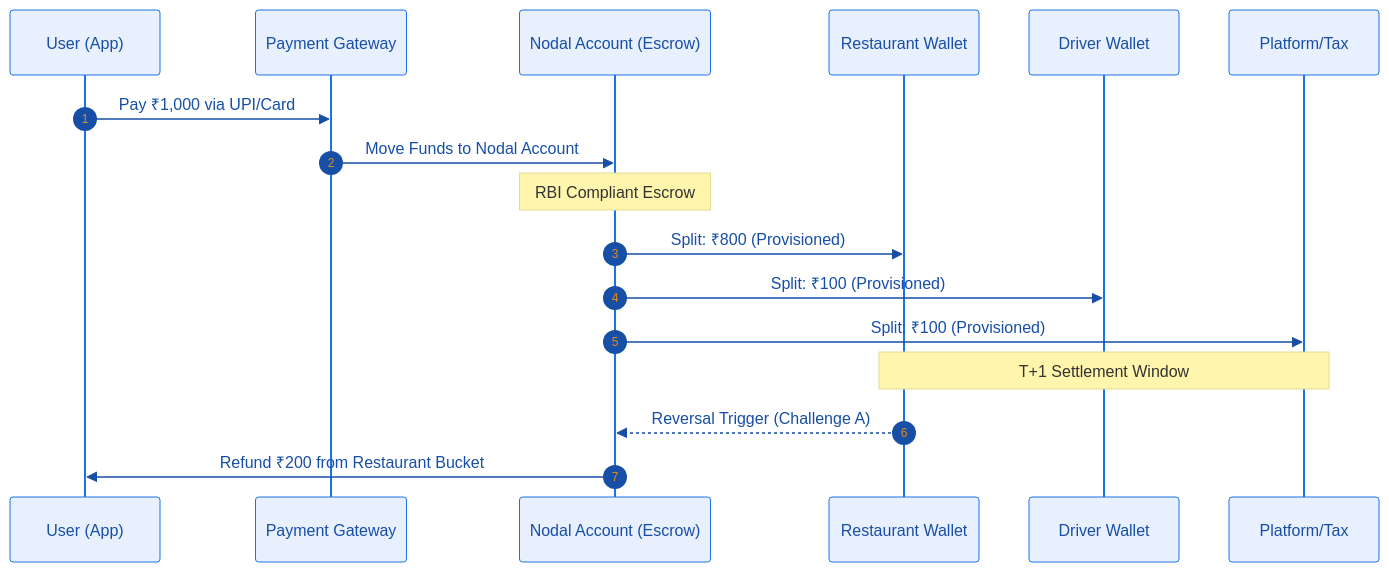
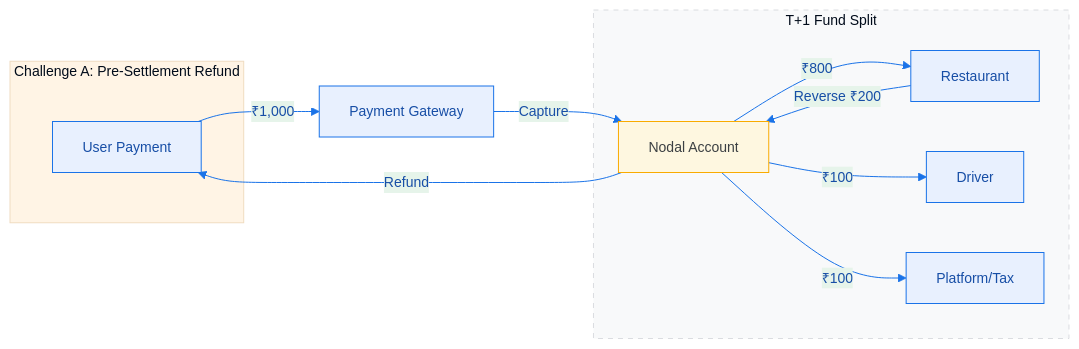
Before and after one commit to VIKAS9793/FinTech-Hub: the diagram in cases/tier-1-core/01-food-delivery-split/solution.md, drawn with Mermaid. The commit also changed other lines of this file and 2 other files, not shown here.

Commit message:
Docs: Complete redesign of architectural diagrams for Horizontal (LR) aspect and high reachability

````diff
--- a/cases/tier-1-core/01-food-delivery-split/solution.md
+++ b/cases/tier-1-core/01-food-delivery-split/solution.md
@@ -5,34 +5,32 @@
 ```mermaid
 ---
 config:
   theme: base
   themeVariables:
     primaryColor: "#E8F0FE"
     primaryTextColor: "#174EA6"
     primaryBorderColor: "#1A73E8"
     lineColor: "#1A73E8"
     secondaryColor: "#E6F4EA"
-    tertiaryColor: "#FEF7E0"
+    tertiaryColor: "#FFF4E5"
     fontSize: "14px"
     fontFamily: "Inter, Roboto, sans-serif"
 ---
-sequenceDiagram
-    autonumber
-    participant U as User (App)
-    participant PG as Payment Gateway
-    participant N as Nodal Account (Escrow)
-    participant R as Restaurant Wallet
-    participant D as Driver Wallet
-    participant P as Platform/Tax
+graph LR
+    U[User Payment] -- "₹1,000" --> PG[Payment Gateway]
+    PG -- "Capture" --> N[Nodal Account]
+    
+    subgraph Settlement_Split [T+1 Fund Split]
+        N -- "₹800" --> R[Restaurant]
+        N -- "₹100" --> D[Driver]
+        N -- "₹100" --> P[Platform/Tax]
+    end
 
-    U->>PG: Pay ₹1,000 via UPI/Card
-    PG->>N: Move Funds to Nodal Account
-    Note over N: RBI Compliant Escrow
-    N->>R: Split: ₹800 (Provisioned)
-    N->>D: Split: ₹100 (Provisioned)
-    N->>P: Split: ₹100 (Provisioned)
-    
-    Note over R,P: T+1 Settlement Window
-    R-->>N: Reversal Trigger (Challenge A)
-    N->>U: Refund ₹200 from Restaurant Bucket
+    subgraph Refund_Saga [Challenge A: Pre-Settlement Refund]
+        R -- "Reverse ₹200" --> N
+        N -- "Refund" --> U
+    end
+
+    style N fill:#FEF7E0,stroke:#F9AB00,color:#3C4043
+    style Settlement_Split fill:#F8F9FA,stroke:#DADCE0,stroke-dasharray: 5 5
 ```
````
